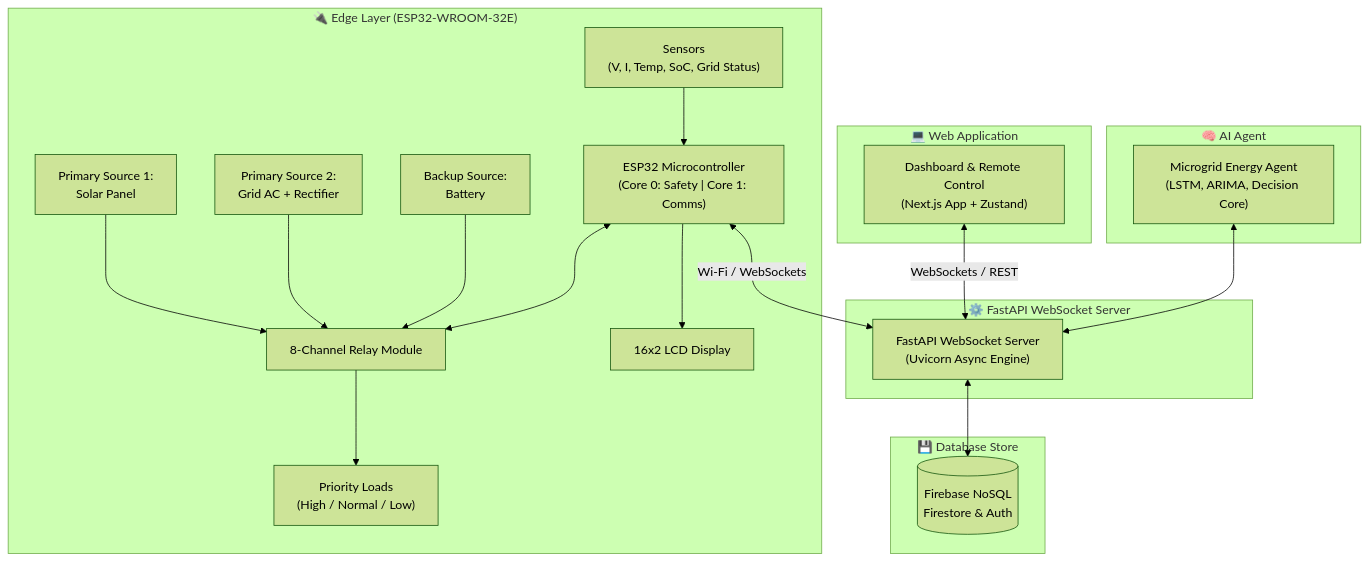
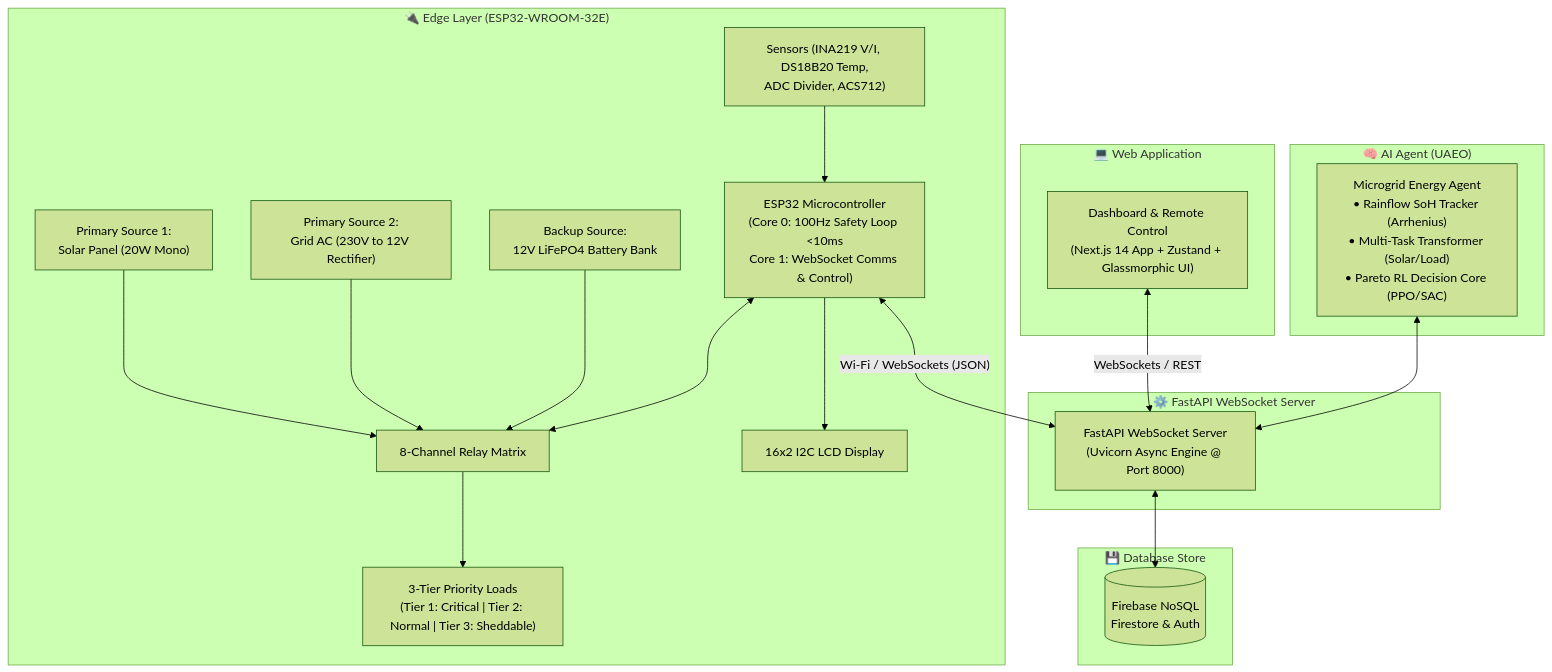
Before and after one commit to Mekesh-Engineer/gridflowx: the first of 2 diagrams in Docs/01_Project_Overview.md, drawn with Mermaid (forest theme). The commit also changed other lines of this file and 157 other files, not shown here.

First line of the commit message:
feat: expand dashboard modules, update documentation, and refine architecture

````diff
--- a/Docs/01_Project_Overview.md
+++ b/Docs/01_Project_Overview.md
@@ -90,41 +95,41 @@
 ```mermaid
 flowchart TD
     subgraph EDGE ["🔌 Edge Layer (ESP32-WROOM-32E)"]
-        PV["Primary Source 1:\nSolar Panel"]
-        GRID["Primary Source 2:\nGrid AC + Rectifier"]
-        BAT["Backup Source:\nBattery"]
-        RELAY["8-Channel Relay Module"]
-        SENSORS["Sensors\n(V, I, Temp, SoC, Grid Status)"]
-        LCD["16x2 LCD Display"]
-        ESP["ESP32 Microcontroller\n(Core 0: Safety | Core 1: Comms)"]
+        PV["Primary Source 1:\nSolar Panel (20W Mono)"]
+        GRID["Primary Source 2:\nGrid AC (230V to 12V Rectifier)"]
+        BAT["Backup Source:\n12V LiFePO4 Battery Bank"]
+        RELAY["8-Channel Relay Matrix"]
+        SENSORS["Sensors (INA219 V/I, DS18B20 Temp,\nADC Divider, ACS712)"]
+        LCD["16x2 I2C LCD Display"]
+        ESP["ESP32 Microcontroller\n(Core 0: 100Hz Safety Loop <10ms\nCore 1: WebSocket Comms & Control)"]
         
         PV --> RELAY
         GRID --> RELAY
         BAT --> RELAY
-        RELAY --> LOADS["Priority Loads\n(High / Normal / Low)"]
+        RELAY --> LOADS["3-Tier Priority Loads\n(Tier 1: Critical | Tier 2: Normal | Tier 3: Sheddable)"]
         SENSORS --> ESP
         ESP --> LCD
         ESP <--> RELAY
     end
 
     subgraph BACKEND ["⚙️ FastAPI WebSocket Server"]
-        FASTAPI["FastAPI WebSocket Server\n(Uvicorn Async Engine)"]
+        FASTAPI["FastAPI WebSocket Server\n(Uvicorn Async Engine @ Port 8000)"]
     end
 
     subgraph STORAGE ["💾 Database Store"]
         FIREBASE[("Firebase NoSQL\nFirestore & Auth")]
     end
 
     subgraph WEBAPP ["💻 Web Application"]
-        DASH["Dashboard & Remote Control\n(Next.js App + Zustand)"]
+        DASH["Dashboard & Remote Control\n(Next.js 14 App + Zustand + Glassmorphic UI)"]
     end
 
-    subgraph AI ["🧠 AI Agent"]
-        AGENT["Microgrid Energy Agent\n(LSTM, ARIMA, Decision Core)"]
+    subgraph AI ["🧠 AI Agent (UAEO)"]
+        AGENT["Microgrid Energy Agent\n• Rainflow SoH Tracker (Arrhenius)\n• Multi-Task Transformer (Solar/Load)\n• Pareto RL Decision Core (PPO/SAC)"]
     end
 
-    ESP <-->|"Wi-Fi / WebSockets"| FASTAPI
+    ESP <-->|"Wi-Fi / WebSockets (JSON)"| FASTAPI
     FASTAPI <--> FIREBASE
     DASH <-->|"WebSockets / REST"| FASTAPI
     AGENT <--> FASTAPI
 ```
````
